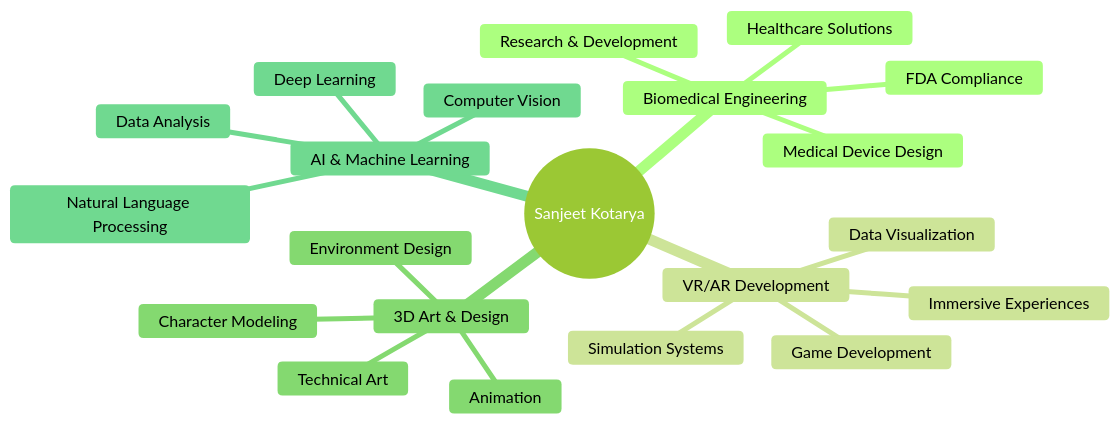
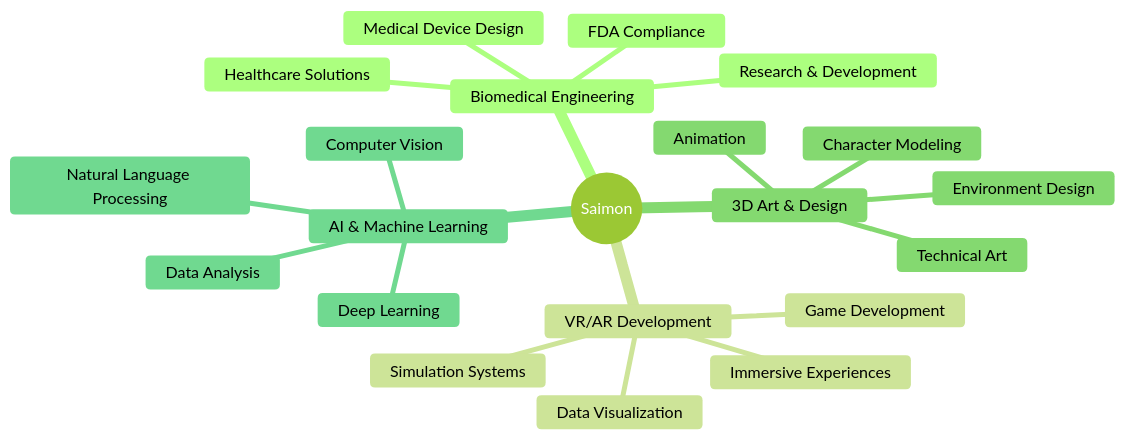
The diagram in README.md (Sa2mon/Sa2mon), drawn with Mermaid (forest theme) before and after one commit. The commit also changed other lines of this file, not shown here.

````diff
--- a/README.md
+++ b/README.md
@@ -79,24 +79,24 @@
 ```mermaid
 mindmap
-  root((Sanjeet Kotarya))
+  root((Saimon))
     Biomedical Engineering
       Medical Device Design
       Healthcare Solutions
       FDA Compliance
       Research & Development
     VR/AR Development
       Immersive Experiences
       Data Visualization
       Game Development
       Simulation Systems
     3D Art & Design
       Character Modeling
       Environment Design
       Technical Art
       Animation
     AI & Machine Learning
       Computer Vision
       Natural Language Processing
       Deep Learning
       Data Analysis
 ```
````
